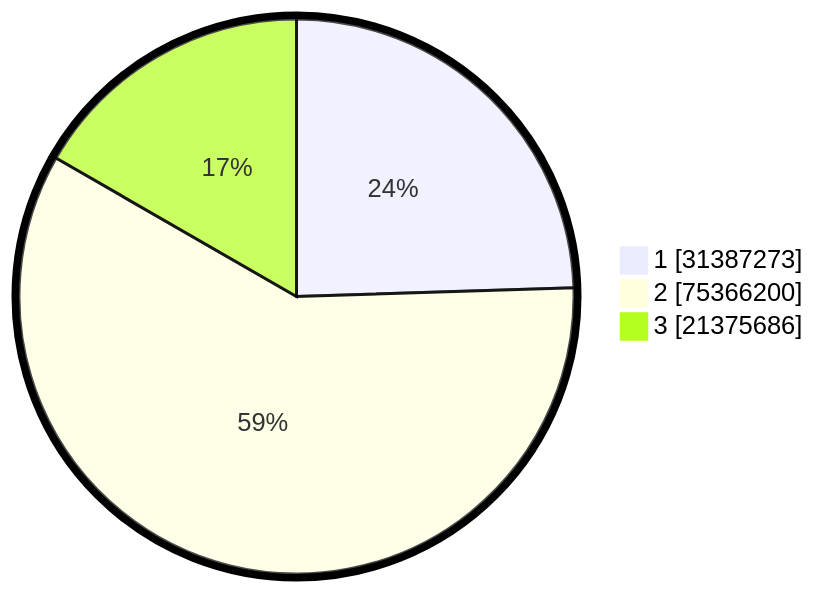
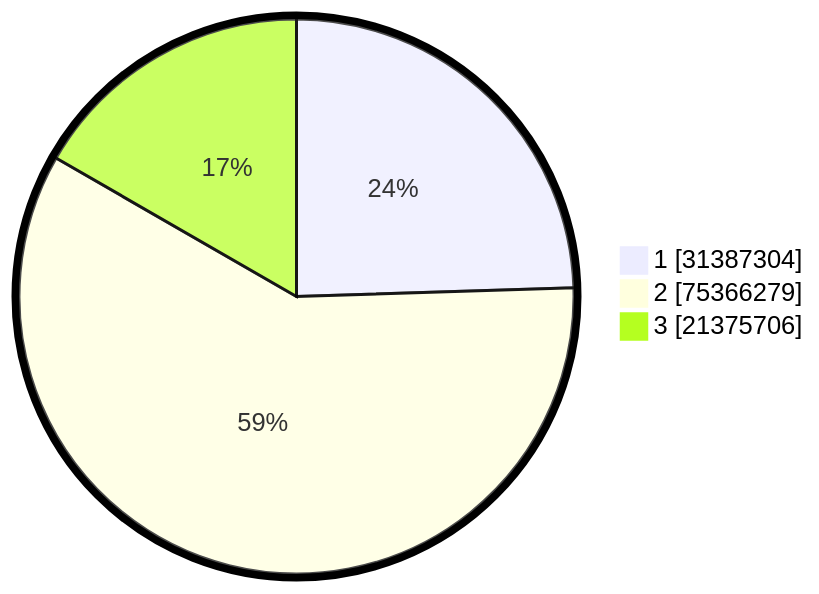
Before and after one commit to gigit-pemilu/pemilu-2024: the second of 2 diagrams in pilpres/hitung-suara/README.md, drawn with Mermaid. The commit also changed other lines of this file and 5 other files, not shown here.

````diff
--- a/pilpres/hitung-suara/README.md
+++ b/pilpres/hitung-suara/README.md
@@ -93,7 +93,7 @@
 ```mermaid
 %%{init: {"pie": {"textPosition": 0.5}, "themeVariables": {"pieOuterStrokeWidth": "5px"}} }%%
 pie showData
-    "1" : 31387273
-    "2" : 75366200
-    "3" : 21375686
+    "1" : 31387304
+    "2" : 75366279
+    "3" : 21375706
 ```
````
